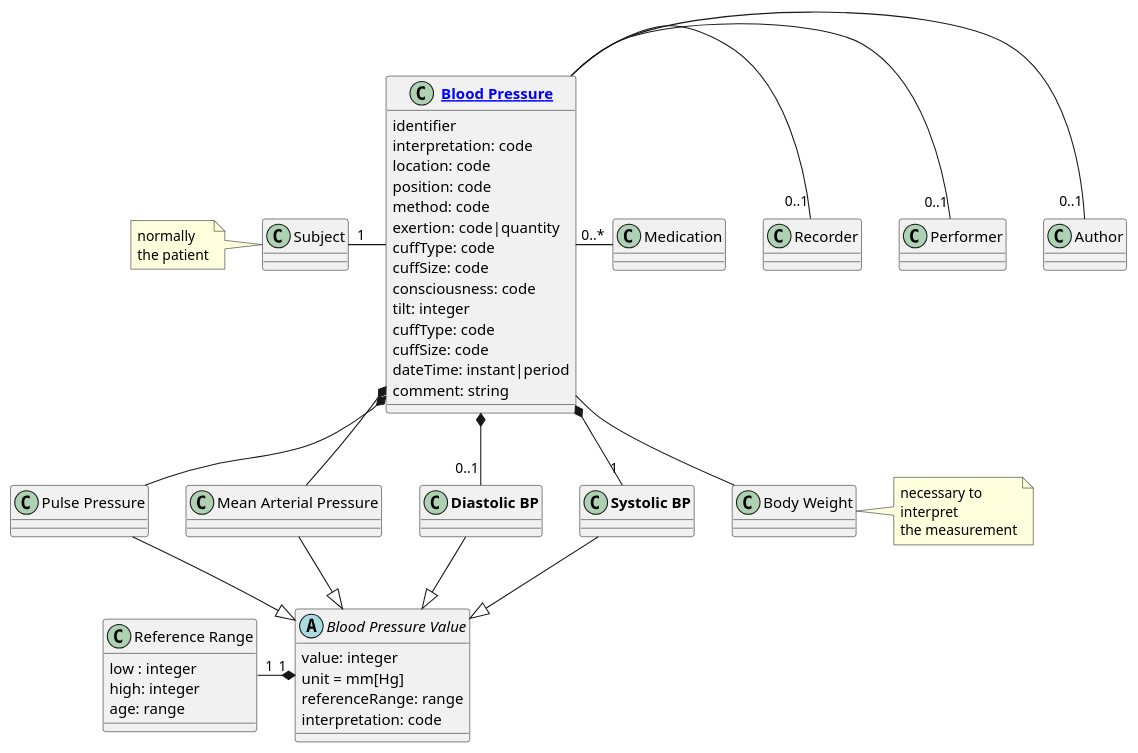
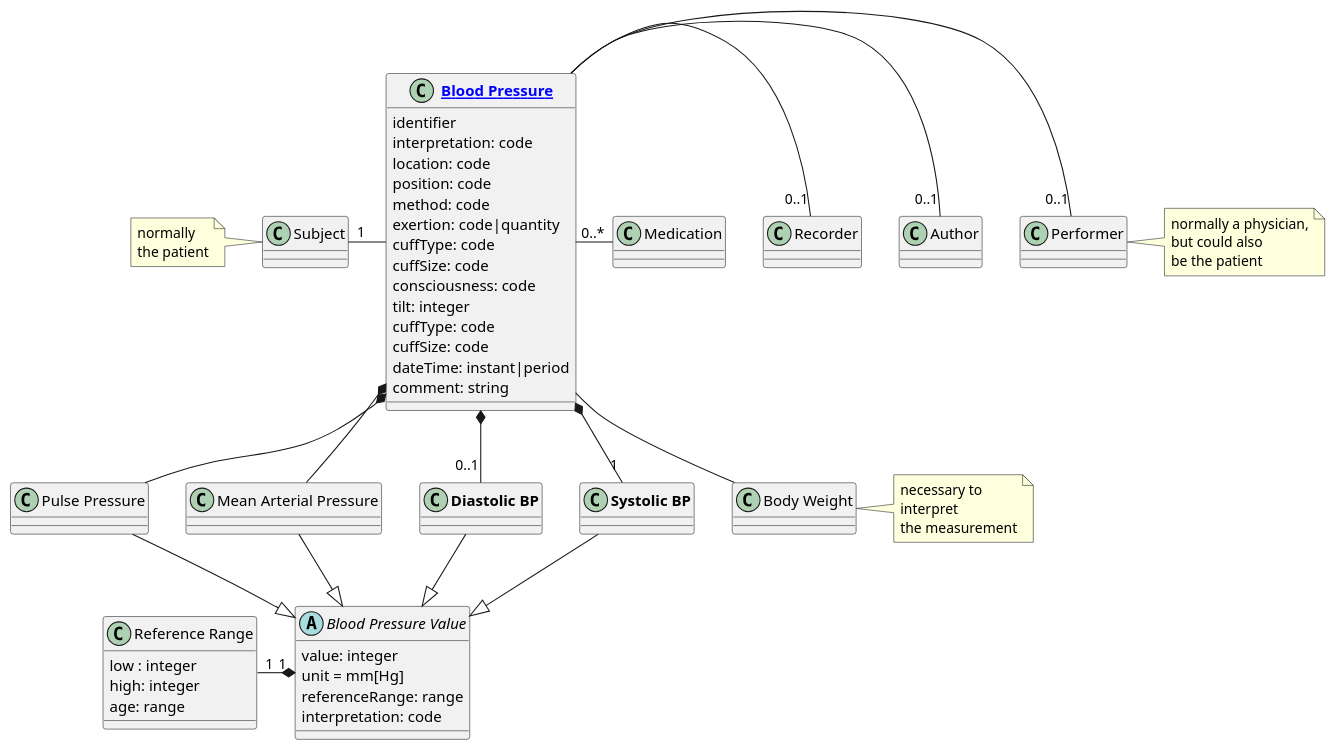
The diagram in input/images-source/base_model.plantuml (frankoemig/bloodpressure), drawn with PlantUML before and after one commit. The commit also changed 7 other files, not shown here.

```diff
--- a/input/images-source/base_model.plantuml
+++ b/input/images-source/base_model.plantuml
@@ -1,72 +1,78 @@
 @startuml
 
 class "**[[StructureDefinition-BloodPressure.html Blood Pressure]]**" as bp {
     identifier
     interpretation: code
     location: code
     position: code
     method: code
     exertion: code|quantity
     cuffType: code
     cuffSize: code
     consciousness: code
     tilt: integer
     cuffType: code
     cuffSize: code
     dateTime: instant|period
     comment: string
 }
 
 abstract class "Blood Pressure Value" as bpv {
     value: integer
     unit = mm[Hg]
     referenceRange: range
     interpretation: code
 }
 
 class "**Systolic BP**" as syst
 class "**Diastolic BP**" as diast
 class "Mean Arterial Pressure" as mabp
 class "Pulse Pressure" as pbp
 
 class "Reference Range" as rr {
     low : integer
     high: integer
     age: range
 }
 
 class "Body Weight" as bw
 Note right of bw
 necessary to
 interpret
 the measurement
 end Note
 class "Medication" as med
 class "Author" as a
 class "Performer" as p
+Note right of p
+normally a physician,
+but could also
+be the patient
+end Note
+
 class "Recorder" as r
 class "Subject" as s
 Note left of s
 normally
 the patient
 end Note
 
 bpv <|-up- syst
 bpv <|-up- diast
 bpv <|-up- mabp
 bpv <|-up- pbp
 bpv "1" *-left- "1" rr
 
 bp -right- "0..1" a
 bp -right- "0..1" p
 bp -right- "0..1" r
 bp -left- "1" s
 bp -- bw
 bp -right- "0..*" med
 
 bp *-- "1" syst
 bp *-- "0..1" diast
 bp *-- mabp
 bp *-- pbp
 
 @enduml
```
